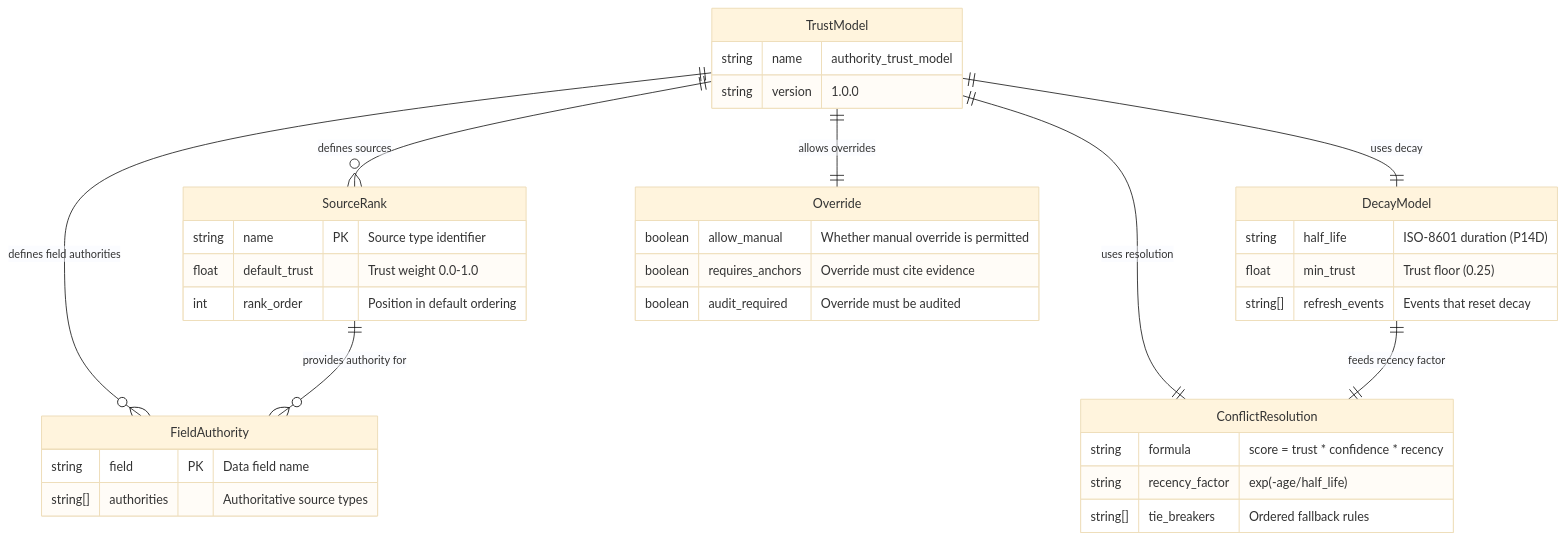
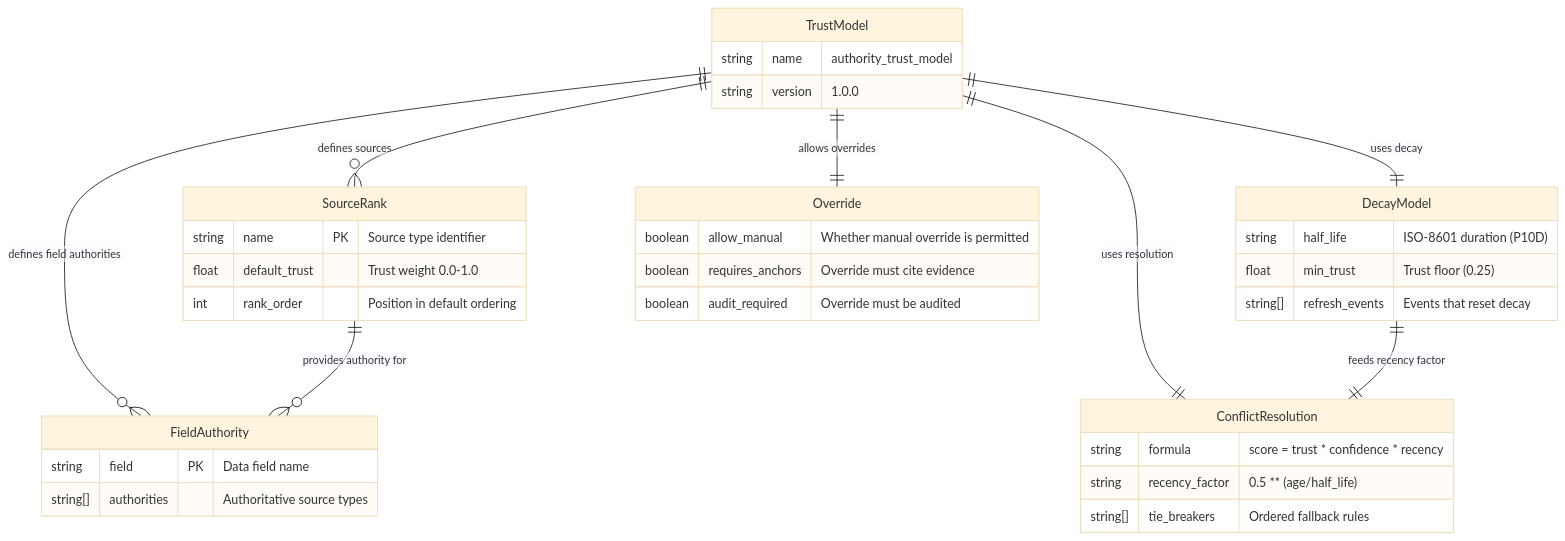
The fourth of 7 diagrams in analysis/03-data-model-and-erd.md (synaptiai/agent-capability-standard), drawn with Mermaid (base theme) before and after one commit. The commit also changed other lines of this file and 15 other files, not shown here.

First line of the commit message:
fix(trust): correct decay to a true half-life and stop double-scaling percent metrics

````diff
--- a/analysis/03-data-model-and-erd.md
+++ b/analysis/03-data-model-and-erd.md
@@ -585,44 +585,44 @@
 ```mermaid
 erDiagram
     SourceRank {
         string name PK "Source type identifier"
         float default_trust "Trust weight 0.0-1.0"
         int rank_order "Position in default ordering"
     }
 
     FieldAuthority {
         string field PK "Data field name"
         string[] authorities "Authoritative source types"
     }
 
     DecayModel {
-        string half_life "ISO-8601 duration (P14D)"
+        string half_life "ISO-8601 duration (P10D)"
         float min_trust "Trust floor (0.25)"
         string[] refresh_events "Events that reset decay"
     }
 
     ConflictResolution {
         string formula "score = trust * confidence * recency"
-        string recency_factor "exp(-age/half_life)"
+        string recency_factor "0.5 ** (age/half_life)"
         string[] tie_breakers "Ordered fallback rules"
     }
 
     Override {
         boolean allow_manual "Whether manual override is permitted"
         boolean requires_anchors "Override must cite evidence"
         boolean audit_required "Override must be audited"
     }
 
     TrustModel {
         string name "authority_trust_model"
         string version "1.0.0"
     }
 
     TrustModel ||--o{ SourceRank : "defines sources"
     TrustModel ||--o{ FieldAuthority : "defines field authorities"
     TrustModel ||--|| DecayModel : "uses decay"
     TrustModel ||--|| ConflictResolution : "uses resolution"
     TrustModel ||--|| Override : "allows overrides"
     SourceRank ||--o{ FieldAuthority : "provides authority for"
     DecayModel ||--|| ConflictResolution : "feeds recency factor"
 ```
````
